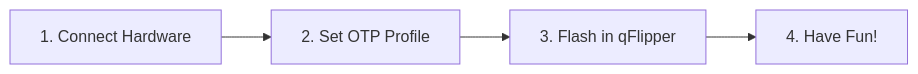
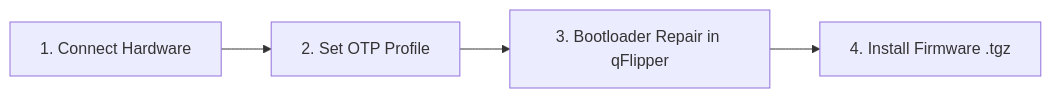
The third of 7 diagrams in ReadMe.md (AJ60/Flipper_OLED_PCF8574_PN532), drawn with Mermaid before and after one commit. The commit also changed other lines of this file, not shown here.

````diff
--- a/ReadMe.md
+++ b/ReadMe.md
@@ -267,6 +278,6 @@
 ```mermaid
 graph LR
     A[1. Connect Hardware] --> B[2. Set OTP Profile]
-    B --> C[3. Flash in qFlipper]
-    C --> D[4. Have Fun!]
+    B --> C[3. Bootloader Repair in qFlipper]
+    C --> D[4. Install Firmware .tgz]
 ```
````
